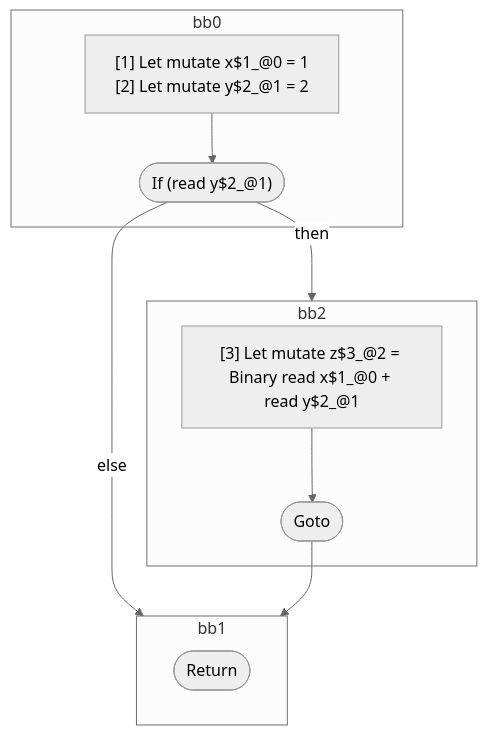
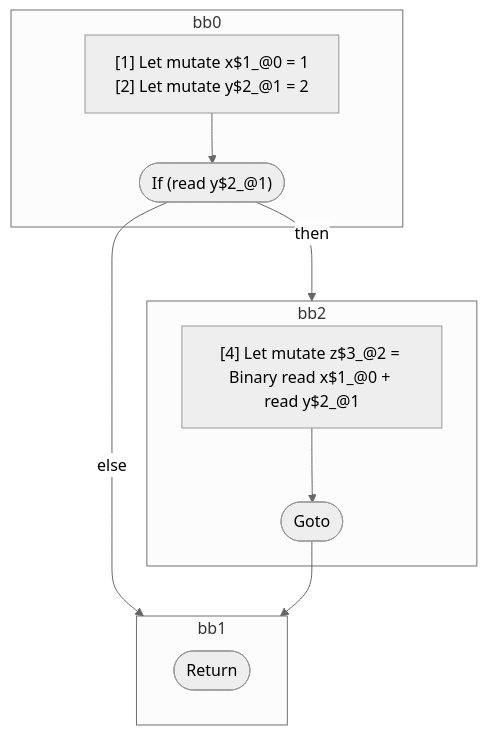
Before and after one commit to wutsmog/private: the diagram in compiler/forget/src/__tests__/fixtures/hir/ssa-single-if.expect.md, drawn with Mermaid (neutral theme). The commit also changed other lines of this file and 61 other files, not shown here.

````diff
--- a/compiler/forget/src/__tests__/fixtures/hir/ssa-single-if.expect.md
+++ b/compiler/forget/src/__tests__/fixtures/hir/ssa-single-if.expect.md
@@ -34,26 +34,26 @@
 ```mermaid
 flowchart TB
   %% Basic Blocks
   subgraph bb0
     bb0_instrs["
       [1] Let mutate x$1_@0 = 1
       [2] Let mutate y$2_@1 = 2
     "]
     bb0_instrs --> bb0_terminal(["If (read y$2_@1)"])
   end
   subgraph bb2
     bb2_instrs["
-      [3] Let mutate z$3_@2 = Binary read x$1_@0 + read y$2_@1
+      [4] Let mutate z$3_@2 = Binary read x$1_@0 + read y$2_@1
     "]
     bb2_instrs --> bb2_terminal(["Goto"])
   end
   subgraph bb1
     bb1_terminal(["Return"])
   end
 
   %% Jumps
   bb0_terminal -- "then" --> bb2
   bb0_terminal -- "else" --> bb1
   bb2_terminal --> bb1
 
 ```
````
